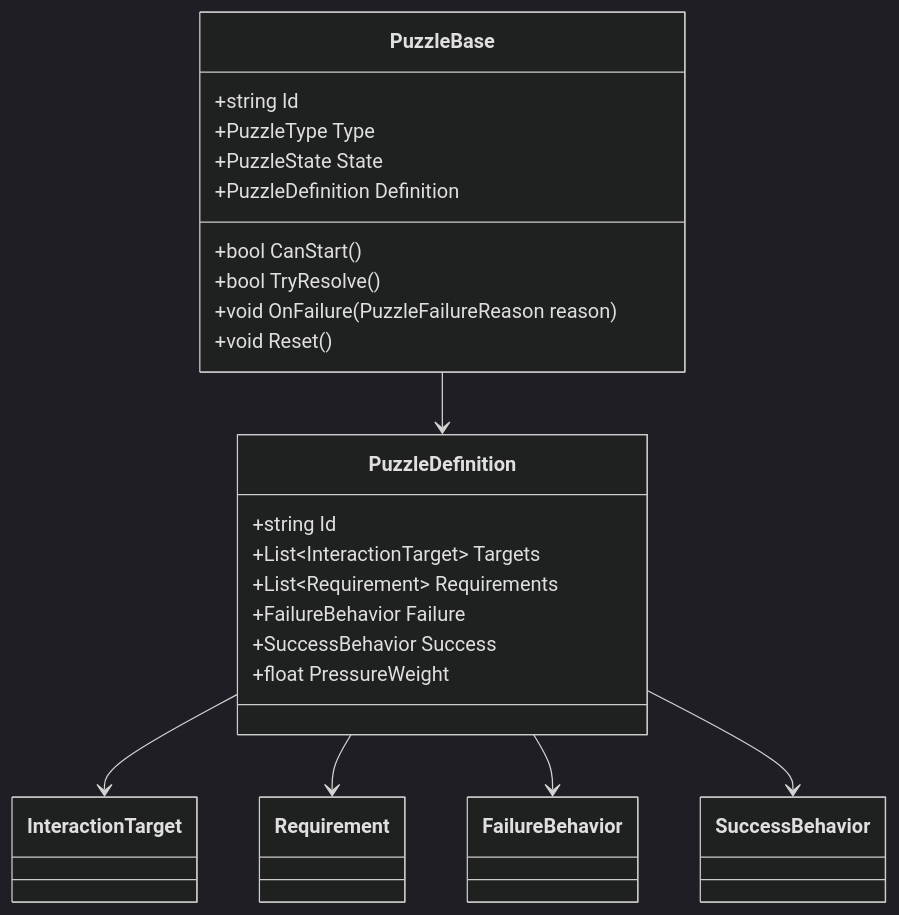
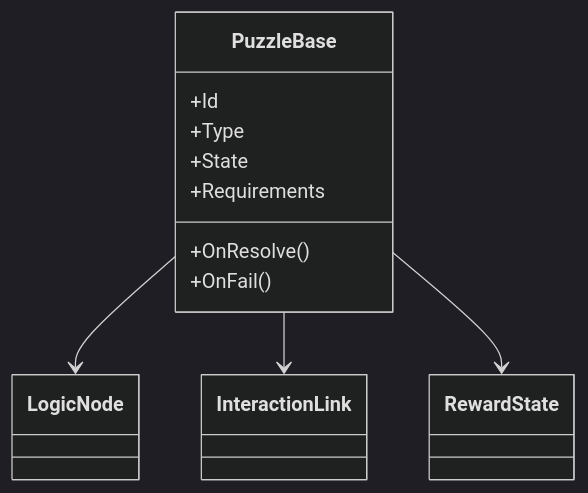
One commit to snehadpatel/QuestBit changed the second of 2 diagrams in Project-Echo/docs/GDD/07 Puzzle Framework.md. Above: the diagram before and after it, drawn with Mermaid (dark theme). The commit also changed other lines of this file and 11 other files, not shown here.

Commit message:
docs(gdd): sync core gameplay, monster AI, objectives, and architecture design documents

````diff
--- a/Project-Echo/docs/GDD/07 Puzzle Framework.md
+++ b/Project-Echo/docs/GDD/07 Puzzle Framework.md
@@ -408,33 +42,17 @@
 ```mermaid
 classDiagram
     class PuzzleBase {
-        +string Id
-        +PuzzleType Type
-        +PuzzleState State
-        +PuzzleDefinition Definition
-        +bool CanStart()
-        +bool TryResolve()
-        +void OnFailure(PuzzleFailureReason reason)
-        +void Reset()
+        +Id
+        +Type
+        +State
+        +Requirements
+        +OnResolve()
+        +OnFail()
     }
-
-    class PuzzleDefinition {
-        +string Id
-        +List~InteractionTarget~ Targets
-        +List~Requirement~ Requirements
-        +FailureBehavior Failure
-        +SuccessBehavior Success
-        +float PressureWeight
-    }
-
-    class InteractionTarget
-    class Requirement
-    class FailureBehavior
-    class SuccessBehavior
-
-    PuzzleBase --> PuzzleDefinition
-    PuzzleDefinition --> InteractionTarget
-    PuzzleDefinition --> Requirement
-    PuzzleDefinition --> FailureBehavior
-    PuzzleDefinition --> SuccessBehavior
+    class LogicNode
+    class InteractionLink
+    class RewardState
+    PuzzleBase --> LogicNode
+    PuzzleBase --> InteractionLink
+    PuzzleBase --> RewardState
 ```
````
